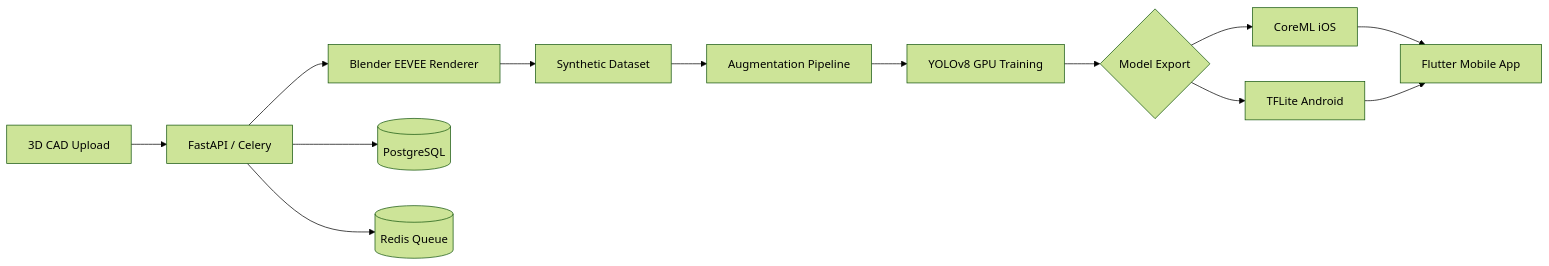
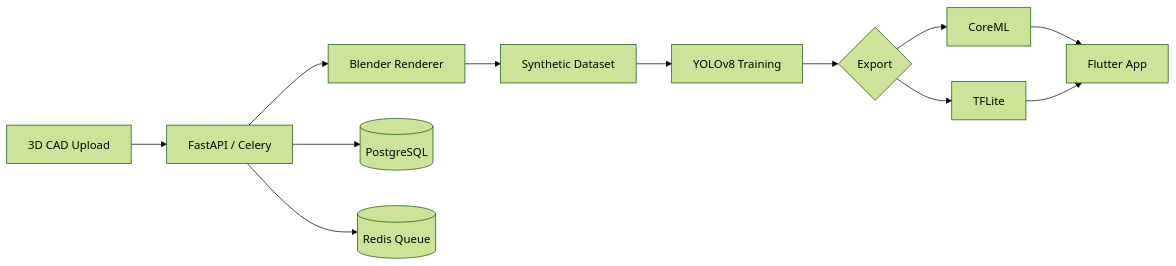
The sixth of 7 diagrams in README.md (dawarazhar11/dawarazhar11), drawn with Mermaid (forest theme) before and after one commit. The commit also changed other lines of this file, not shown here.

````diff
--- a/README.md
+++ b/README.md
@@ -288,15 +198,14 @@
 ```mermaid
 graph LR
     A["3D CAD Upload"] --> B["FastAPI / Celery"]
-    B --> C["Blender EEVEE Renderer"]
+    B --> C["Blender Renderer"]
     C --> D["Synthetic Dataset"]
-    D --> E["Augmentation Pipeline"]
-    E --> F["YOLOv8 GPU Training"]
-    F --> G{"Model Export"}
-    G --> H["CoreML iOS"]
-    G --> I["TFLite Android"]
-    H --> J["Flutter Mobile App"]
-    I --> J
-    B --> K[("PostgreSQL")]
-    B --> L[("Redis Queue")]
+    D --> E["YOLOv8 Training"]
+    E --> F{"Export"}
+    F --> G["CoreML"]
+    F --> H["TFLite"]
+    G --> I["Flutter App"]
+    H --> I
+    B --> J[("PostgreSQL")]
+    B --> K[("Redis Queue")]
 ```
````
